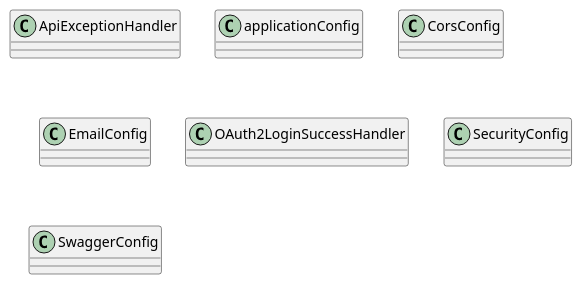
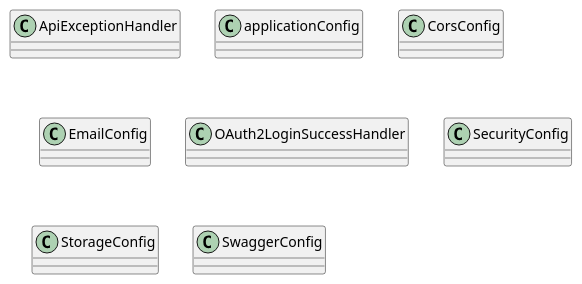
Before and after one commit to lozano2303/tu-evento: the diagram in architecture/class diagram/class diagram config simple.puml, drawn with PlantUML. The commit also changed 29 other files, not shown here.

Commit message:
feat(backend and web): section management in maquetation, class diagram actualization

```diff
--- a/architecture/class diagram/class diagram config simple.puml
+++ b/architecture/class diagram/class diagram config simple.puml
@@ -1,24 +1,27 @@
 @startuml Simple Config Class Diagram
 
 class ApiExceptionHandler {
 }
 
 class applicationConfig {
 }
 
 class CorsConfig {
 }
 
 class EmailConfig {
 }
 
 class OAuth2LoginSuccessHandler {
 }
 
 class SecurityConfig {
 }
 
+class StorageConfig {
+}
+
 class SwaggerConfig {
 }
 
 @enduml
```
